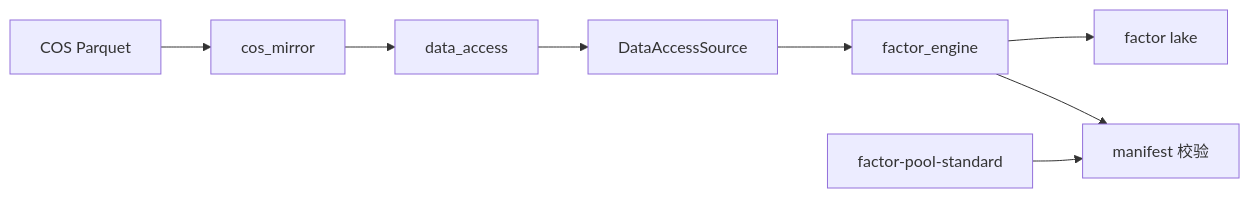
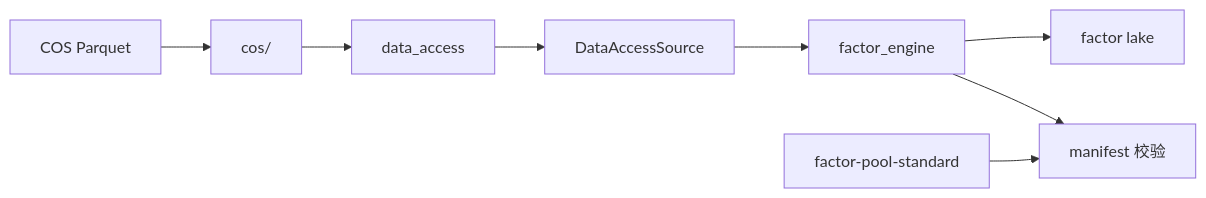
Before and after one commit to 18047533889/quant_projects: the diagram in STRUCTURE.md, drawn with Mermaid. The commit also changed other lines of this file and 163 other files, not shown here.

````diff
--- a/STRUCTURE.md
+++ b/STRUCTURE.md
@@ -68,10 +76,10 @@
 ```mermaid
 flowchart LR
-  COS[COS Parquet] --> Mirror[cos_mirror]
+  COS[COS Parquet] --> Mirror[cos/]
   Mirror --> DA[data_access]
   DA --> FES[DataAccessSource]
   FES --> FE[factor_engine]
   FE --> Lake[factor lake]
   FPS[factor-pool-standard] --> Manifest[manifest 校验]
   FE --> Manifest
 ```
````
